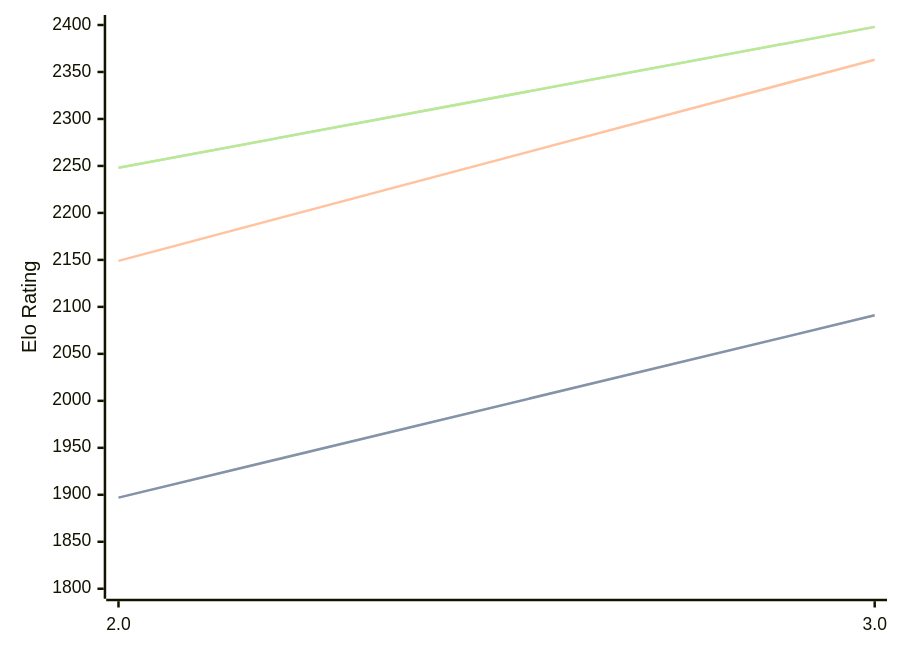
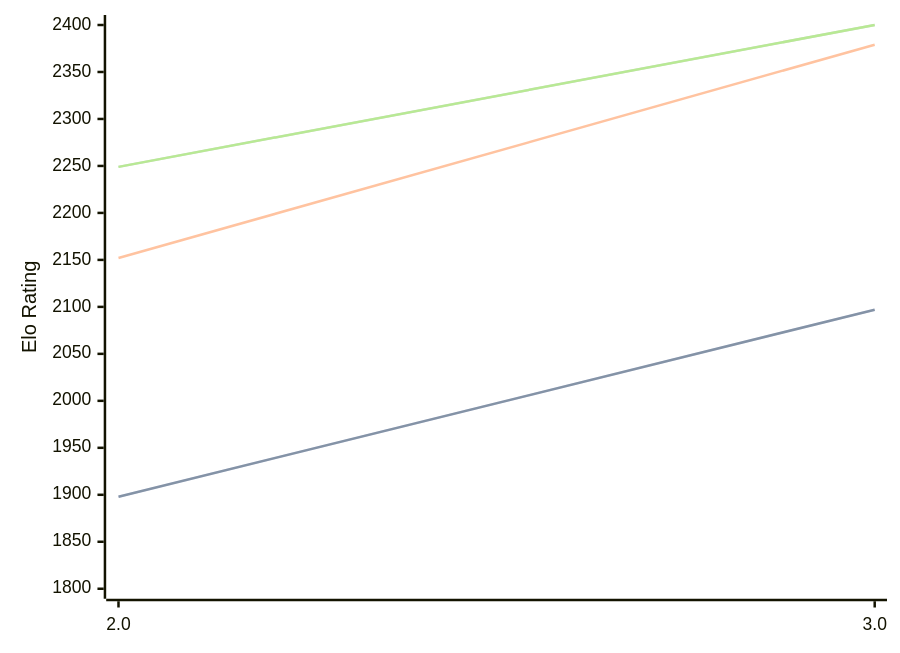
One commit to computer-chess-index/cci changed the diagram in engines/Zeno.md. Above: the diagram before and after it, drawn with Mermaid. The commit also changed other lines of this file, not shown here.

Commit message:
Update CCI Ratings (ELO VLTC) - 2026-08-23

````diff
--- a/engines/Zeno.md
+++ b/engines/Zeno.md
@@ -32,11 +32,11 @@
 ```mermaid
 %%{init: {"theme":"base","themeVariables":{"seriesColors:['#a3a3a3','#222221','#faa371']}}}%%
 xychart-beta
   x-axis ["2.0", "3.0"]
   y-axis "Elo Rating" 1800 --> 2400
-  line "STC (8.0+0.08s)" [1897, 2091]
-  line "STC (8.0+0.08s)" [1897, 2091]
-  line "LTC (60.0+0.60s)" [2149, 2363]
-  line "VLTC (2m24s+1.12s)" [2248, 2398]
-  line "VLTC (2m24s+1.12s)" [2248, 2398]
+  line "STC (8.0+0.08s)" [1898, 2097]
+  line "STC (8.0+0.08s)" [1898, 2097]
+  line "LTC (60.0+0.60s)" [2152, 2379]
+  line "VLTC (2m24s+1.12s)" [2249, 2400]
+  line "VLTC (2m24s+1.12s)" [2249, 2400]
 ```
````
